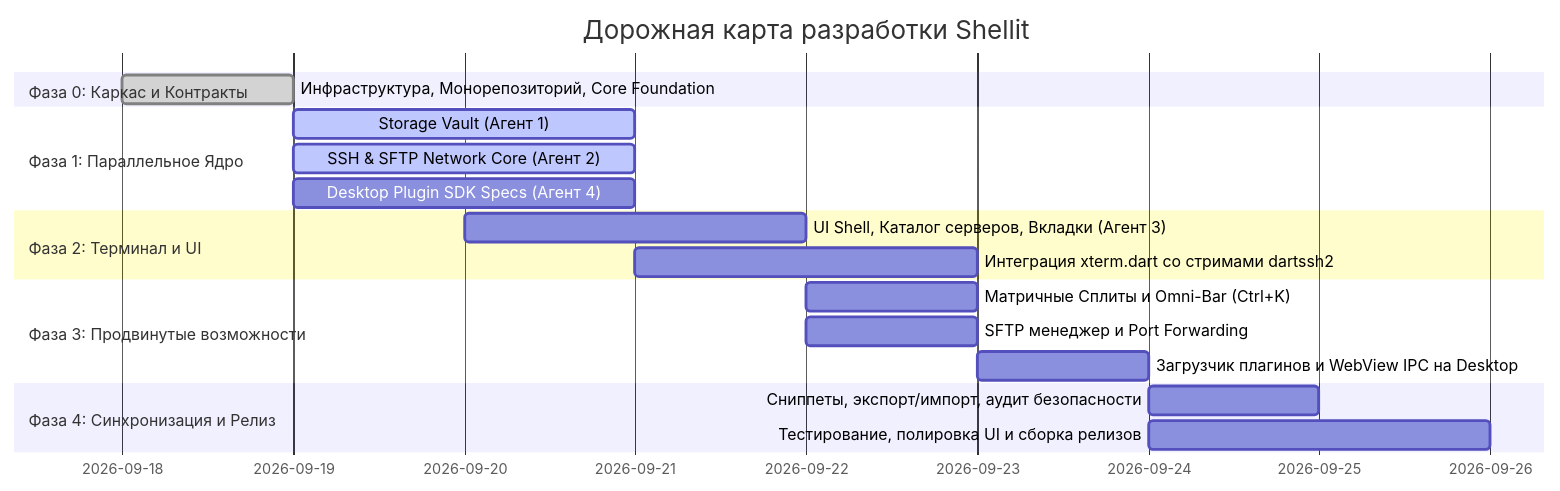
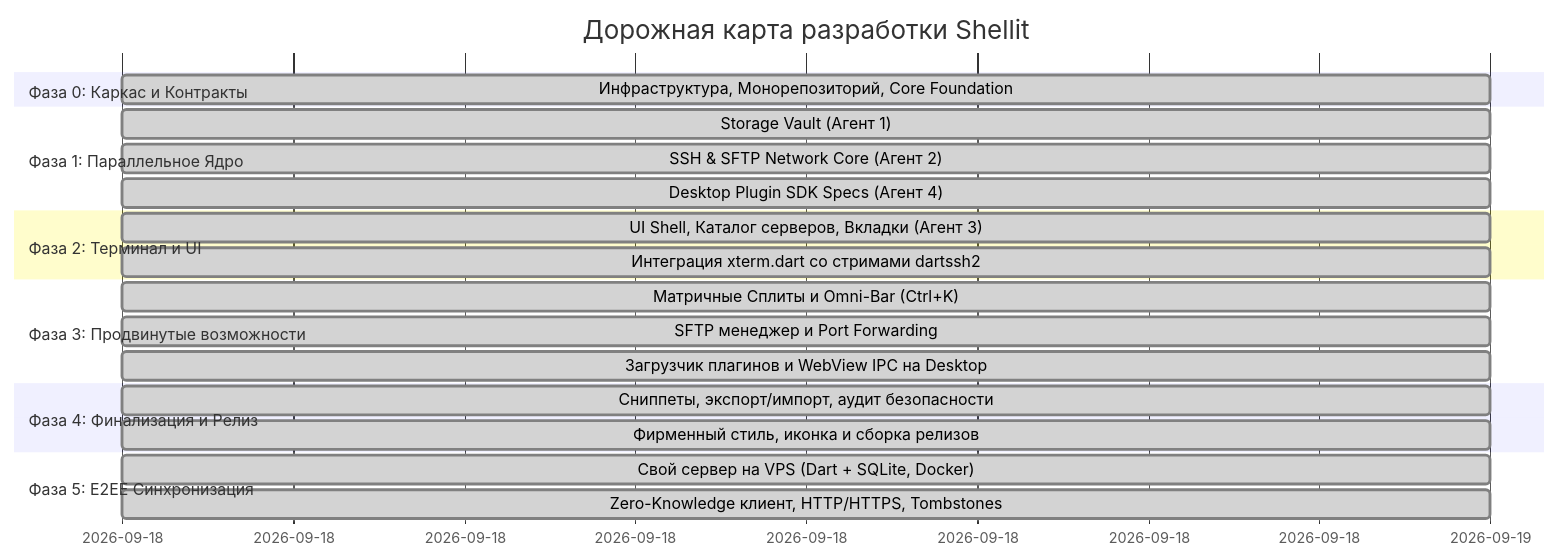
The diagram in docs/ROADMAP.md (kobaltgit/Shellit), drawn with Mermaid before and after one commit. The commit also changed other lines of this file and 37 other files, not shown here.

````diff
--- a/docs/ROADMAP.md
+++ b/docs/ROADMAP.md
@@ -9,21 +9,24 @@
 ```mermaid
 gantt
     title Дорожная карта разработки Shellit
     dateFormat  YYYY-MM-DD
     section Фаза 0: Каркас и Контракты
     Инфраструктура, Монорепозиторий, Core Foundation :done, p0, 2026-09-18, 1d
     section Фаза 1: Параллельное Ядро
-    Storage Vault (Агент 1)                          :active, p1_a1, 2026-09-19, 2d
-    SSH & SFTP Network Core (Агент 2)               :active, p1_a2, 2026-09-19, 2d
-    Desktop Plugin SDK Specs (Агент 4)              :p1_a4, 2026-09-19, 2d
+    Storage Vault (Агент 1)                          :done, p1_a1, 2026-09-18, 1d
+    SSH & SFTP Network Core (Агент 2)               :done, p1_a2, 2026-09-18, 1d
+    Desktop Plugin SDK Specs (Агент 4)              :done, p1_a4, 2026-09-18, 1d
     section Фаза 2: Терминал и UI
-    UI Shell, Каталог серверов, Вкладки (Агент 3)    :p2_a3, 2026-09-20, 2d
-    Интеграция xterm.dart со стримами dartssh2      :p2_int, 2026-09-21, 2d
+    UI Shell, Каталог серверов, Вкладки (Агент 3)    :done, p2_a3, 2026-09-18, 1d
+    Интеграция xterm.dart со стримами dartssh2      :done, p2_int, 2026-09-18, 1d
     section Фаза 3: Продвинутые возможности
-    Матричные Сплиты и Omni-Bar (Ctrl+K)            :p3_split, 2026-09-22, 1d
-    SFTP менеджер и Port Forwarding                 :p3_sftp, 2026-09-22, 1d
-    Загрузчик плагинов и WebView IPC на Desktop     :p3_plug, 2026-09-23, 1d
-    section Фаза 4: Синхронизация и Релиз
-    Сниппеты, экспорт/импорт, аудит безопасности    :p4_sync, 2026-09-24, 1d
-    Тестирование, полировка UI и сборка релизов     :p4_rel, 2026-09-24, 2d
+    Матричные Сплиты и Omni-Bar (Ctrl+K)            :done, p3_split, 2026-09-18, 1d
+    SFTP менеджер и Port Forwarding                 :done, p3_sftp, 2026-09-18, 1d
+    Загрузчик плагинов и WebView IPC на Desktop     :done, p3_plug, 2026-09-18, 1d
+    section Фаза 4: Финализация и Релиз
+    Сниппеты, экспорт/импорт, аудит безопасности    :done, p4_sync, 2026-09-18, 1d
+    Фирменный стиль, иконка и сборка релизов        :done, p4_rel, 2026-09-18, 1d
+    section Фаза 5: E2EE Синхронизация
+    Свой сервер на VPS (Dart + SQLite, Docker)      :done, p5_srv, 2026-09-18, 1d
+    Zero-Knowledge клиент, HTTP/HTTPS, Tombstones   :done, p5_cli, 2026-09-18, 1d
 ```
````
